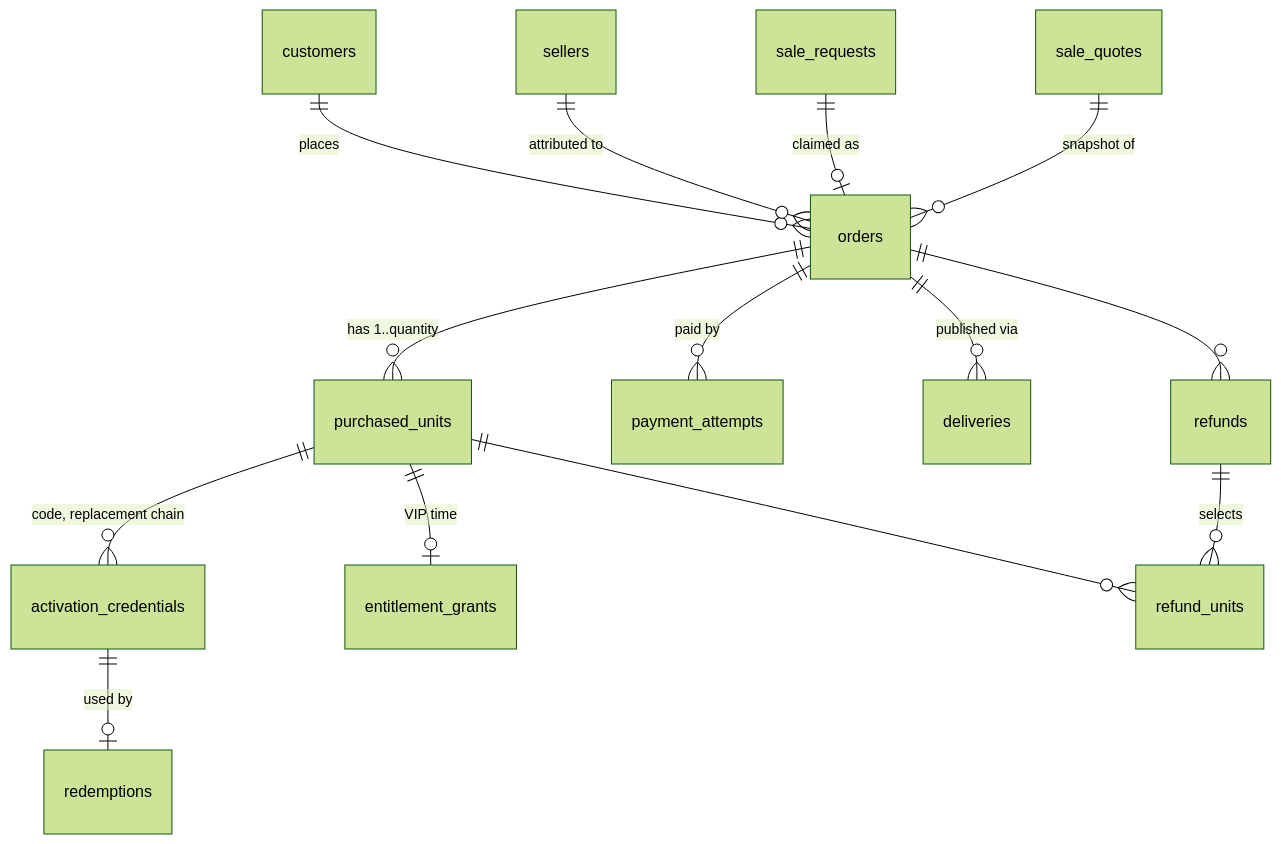
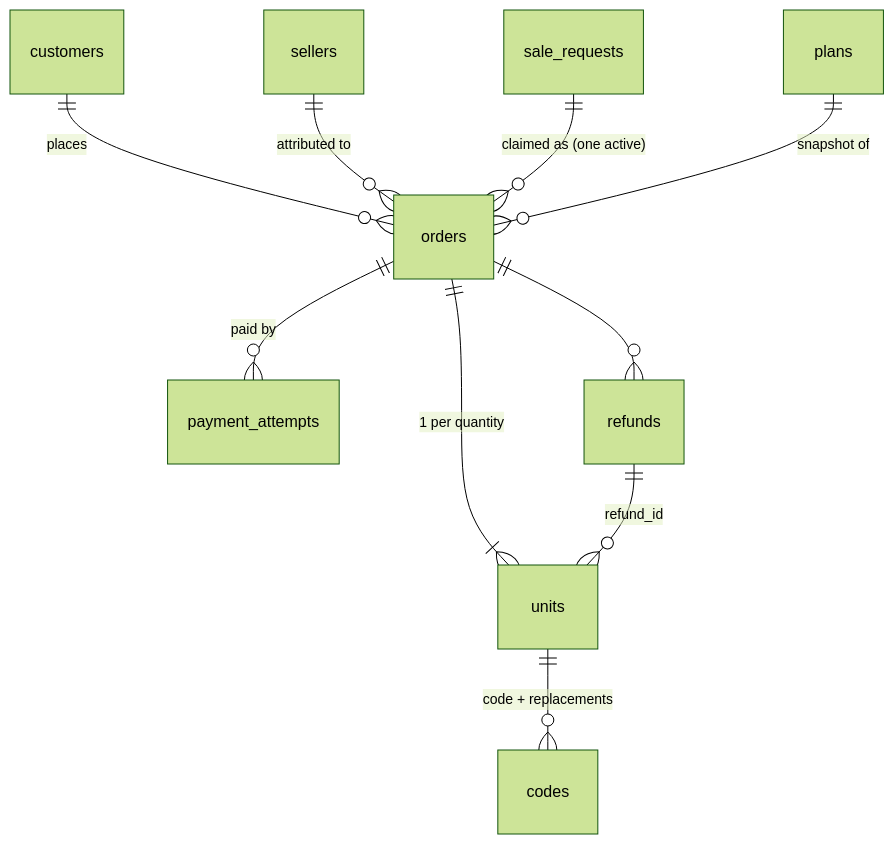
One commit to aafb5cs/nahj-agent-marketing changed the second of 3 diagrams in docs/system-architecture.md. Above: the diagram before and after it, drawn with Mermaid (forest theme). The commit also changed other lines of this file and 4 other files, not shown here.

First line of the commit message:
Optimize marketplace schema from 73 to 31 tables

````diff
--- a/docs/system-architecture.md
+++ b/docs/system-architecture.md
@@ -291,16 +289,12 @@
 ```mermaid
 erDiagram
     customers ||--o{ orders : places
     sellers ||--o{ orders : "attributed to"
-    sale_requests ||--o| orders : "claimed as"
-    sale_quotes ||--o{ orders : "snapshot of"
-    orders ||--o{ purchased_units : "has 1..quantity"
+    sale_requests ||--o{ orders : "claimed as (one active)"
+    plans ||--o{ orders : "snapshot of"
     orders ||--o{ payment_attempts : "paid by"
-    purchased_units ||--o{ activation_credentials : "code, replacement chain"
-    activation_credentials ||--o| redemptions : "used by"
-    purchased_units ||--o| entitlement_grants : "VIP time"
-    orders ||--o{ deliveries : "published via"
+    orders ||--|{ units : "1 per quantity"
+    units ||--o{ codes : "code + replacements"
     orders ||--o{ refunds : ""
-    refunds ||--o{ refund_units : "selects"
-    purchased_units ||--o{ refund_units : ""
+    refunds ||--o{ units : "refund_id"
 ```
````
